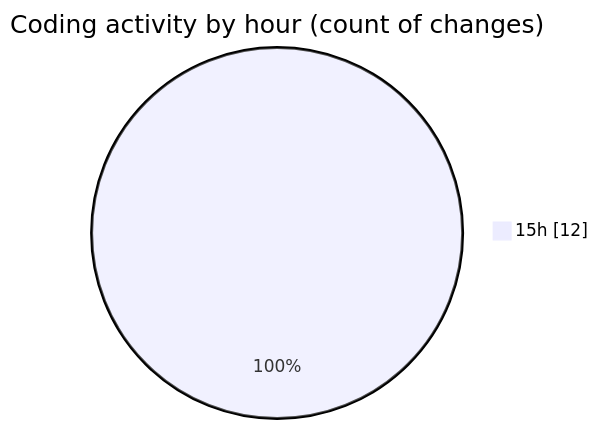
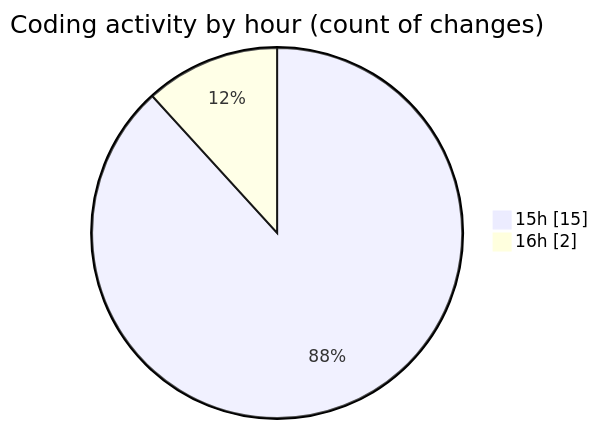
Before and after one commit to donsfak/code-tracking: the second of 2 diagrams in 2025-02-25/trackers_app/README.md, drawn with Mermaid. The commit also changed other lines of this file and 1 other file, not shown here.

````diff
--- a/2025-02-25/trackers_app/README.md
+++ b/2025-02-25/trackers_app/README.md
@@ -30,5 +30,6 @@
 ```mermaid
 pie showData
 title Coding activity by hour (count of changes)
-"15h" : 12
+"15h" : 15
+"16h" : 2
 ```
````
